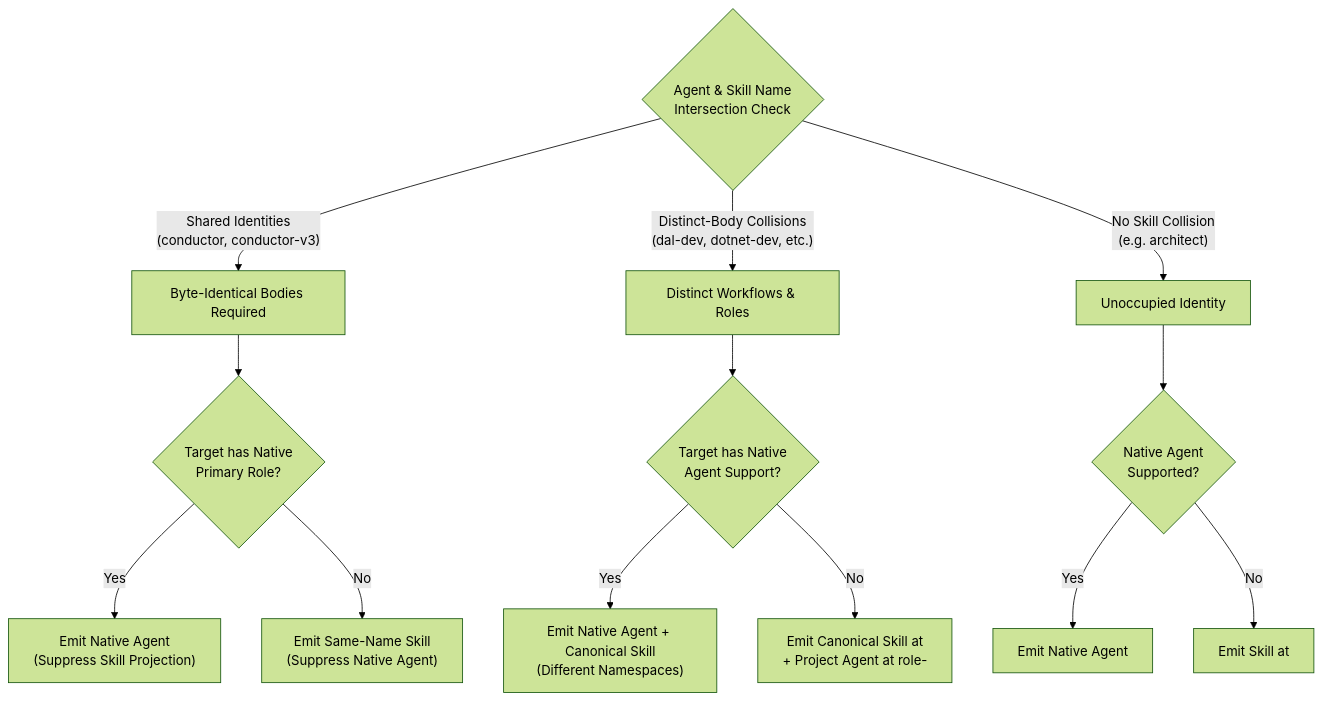
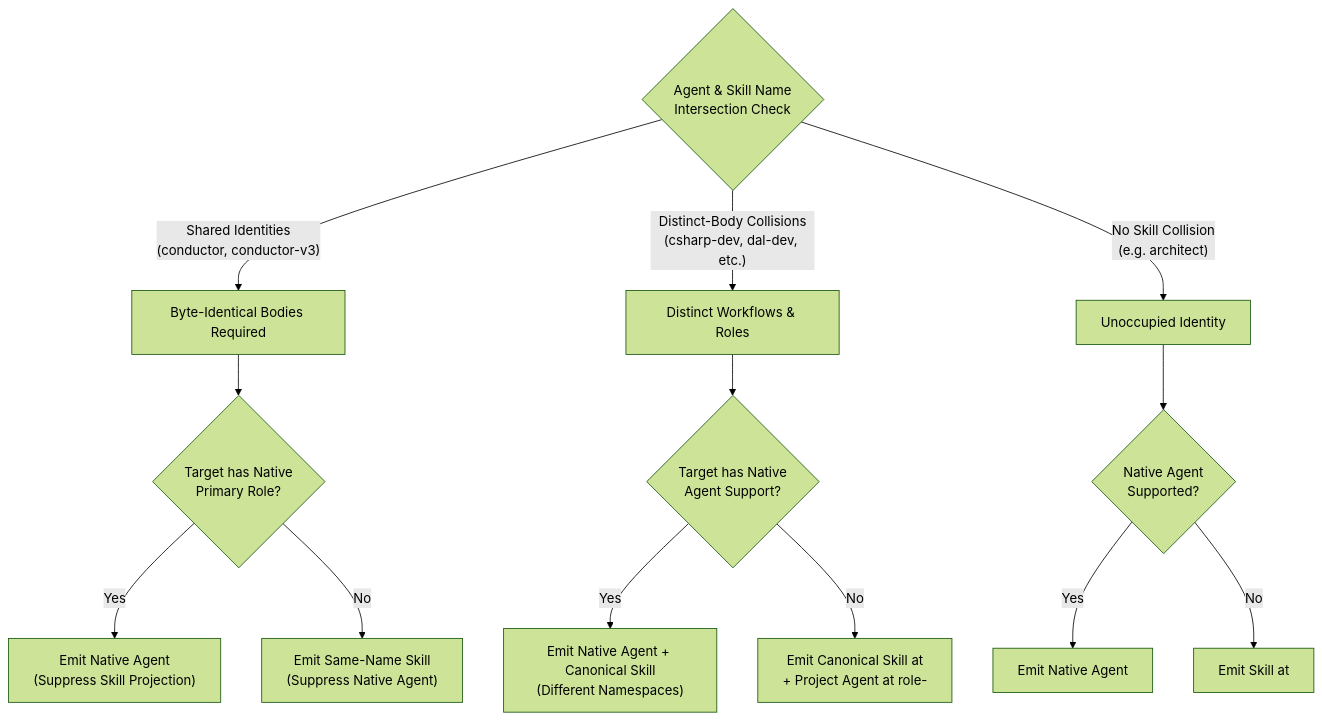
One commit to dpalfery/kyber-weave changed the third of 4 diagrams in docs/kyber-squad/architecture.md. Above: the diagram before and after it, drawn with Mermaid (forest theme). The commit also changed other lines of this file and 149 other files, not shown here.

````diff
--- a/docs/kyber-squad/architecture.md
+++ b/docs/kyber-squad/architecture.md
@@ -108,20 +108,20 @@
 ```mermaid
 flowchart TD
     Intersection{"Agent & Skill Name\nIntersection Check"}
     
     Intersection -->|"Shared Identities\n(conductor, conductor-v3)"| SharedPath["Byte-Identical Bodies Required"]
-    Intersection -->|"Distinct-Body Collisions\n(dal-dev, dotnet-dev, etc.)"| CollisionPath["Distinct Workflows & Roles"]
+    Intersection -->|"Distinct-Body Collisions\n(csharp-dev, dal-dev, etc.)"| CollisionPath["Distinct Workflows & Roles"]
     Intersection -->|"No Skill Collision\n(e.g. architect)"| UnoccupiedPath["Unoccupied Identity"]
 
     SharedPath --> NativePrimary{"Target has Native\nPrimary Role?"}
     NativePrimary -->|"Yes"| EmitAgentOnly["Emit Native Agent\n(Suppress Skill Projection)"]
     NativePrimary -->|"No"| EmitSkillOnly["Emit Same-Name Skill\n(Suppress Native Agent)"]
 
     CollisionPath --> FallbackCheck{"Target has Native\nAgent Support?"}
     FallbackCheck -->|"Yes"| NativeBoth["Emit Native Agent + Canonical Skill\n(Different Namespaces)"]
     FallbackCheck -->|"No"| LowerPrefixed["Emit Canonical Skill at <name>\n+ Project Agent at role-<name>"]
 
     UnoccupiedPath --> UnoccupiedCheck{"Native Agent\nSupported?"}
     UnoccupiedCheck -->|"Yes"| NativeAgent["Emit Native Agent"]
     UnoccupiedCheck -->|"No"| LowerDirect["Emit Skill at <name>"]
 ```
````
